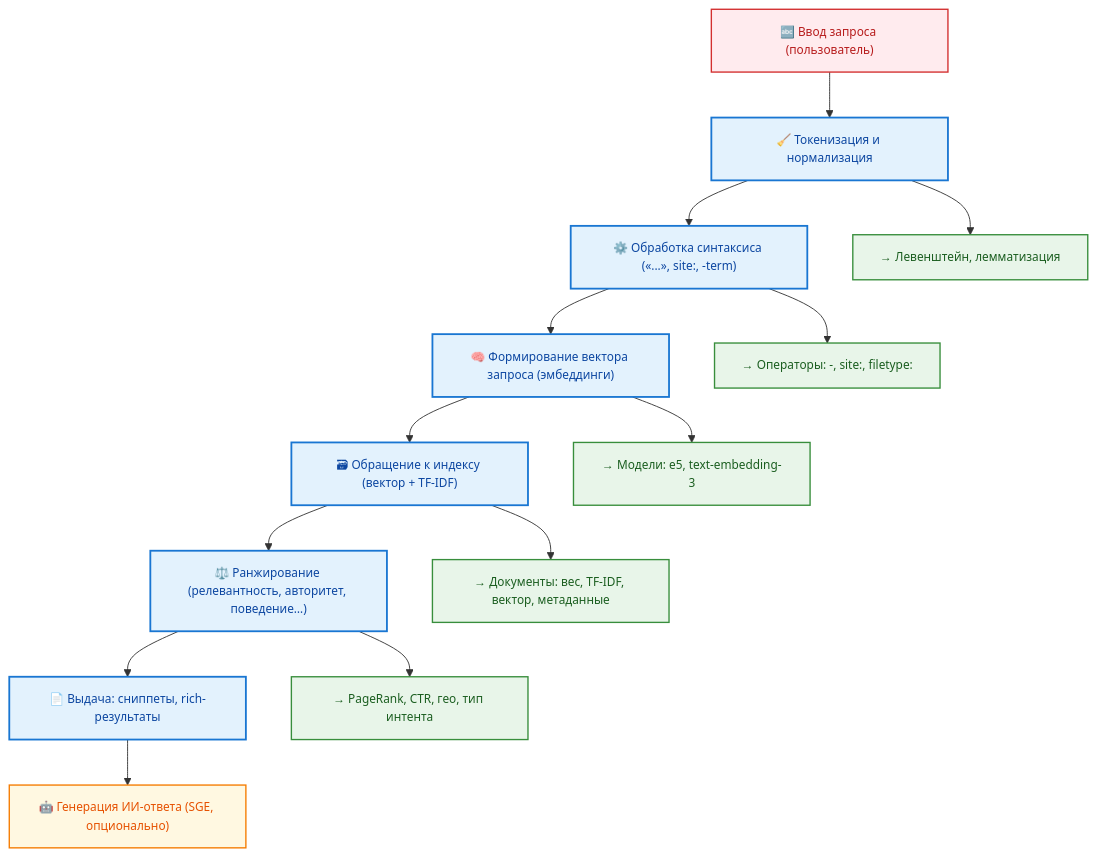
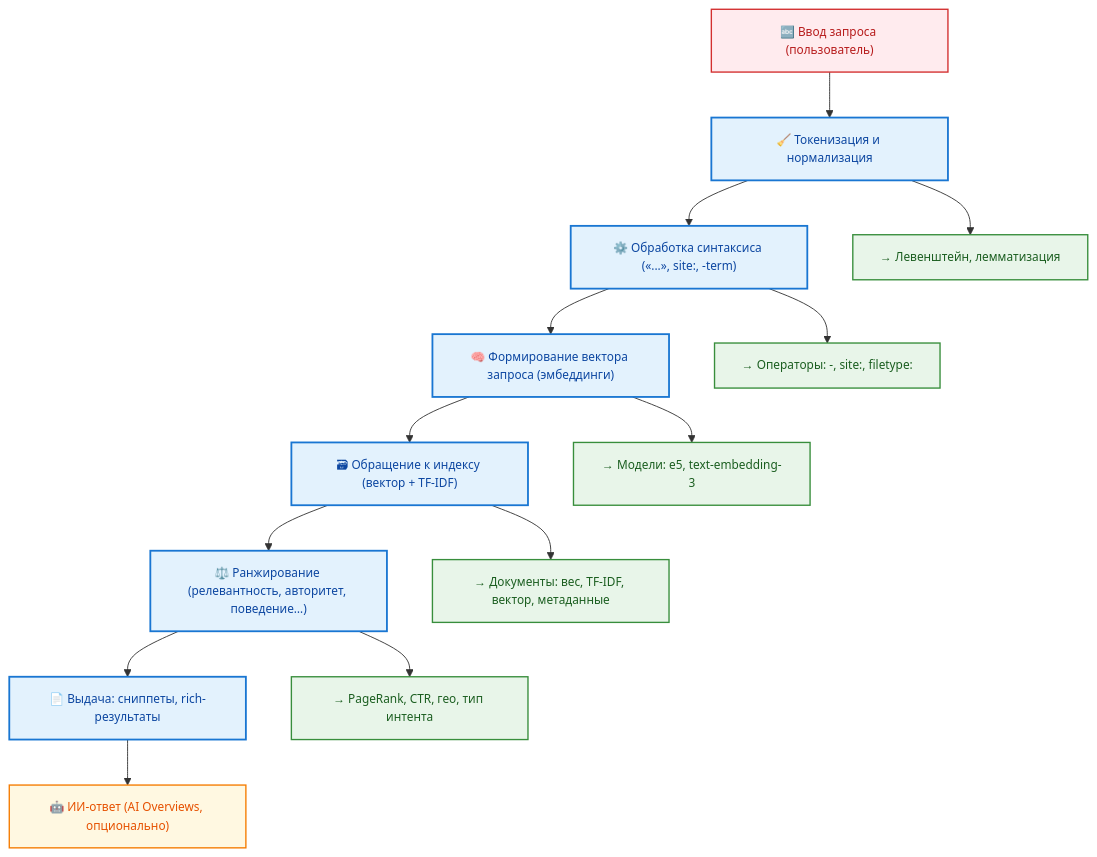
The diagram in docs/encyclopedia/1-basics/1-21-poisk-informatsii/3.md (Spirzen/it-knowledge-base), drawn with Mermaid before and after one commit. The commit also changed other lines of this file and 1180 other files, not shown here.

````diff
--- a/docs/encyclopedia/1-basics/1-21-poisk-informatsii/3.md
+++ b/docs/encyclopedia/1-basics/1-21-poisk-informatsii/3.md
@@ -69,50 +71,50 @@
 ```mermaid
 %%{init: {
   "theme": "default",
   "themeVariables": {
     "fontSize": "13px",
     "fontFamily": "Segoe UI, Tahoma, sans-serif"
   }
 }}%%
 
 flowchart TD
     classDef stage fill:#e3f2fd,stroke:#1976d2,stroke-width:2px,color:#0d47a1;
     classDef detail fill:#e8f5e9,stroke:#388e3c,stroke-width:1.5px,color:#1b5e20;
     classDef ai fill:#fff8e1,stroke:#f57c00,stroke-width:1.5px,color:#e65100;
     classDef user fill:#ffebee,stroke:#d32f2f,stroke-width:1.5px,color:#b71c1c;
 
     INPUT["🔤 Ввод запроса (пользователь)"]:::user
     TOKEN["🧹 Токенизация и нормализация"]:::stage
     SYNTAX["⚙️ Обработка синтаксиса («...», site:, -term)"]:::stage
     VECTOR["🧠 Формирование вектора запроса (эмбеддинги)"]:::stage
     INDEX["🗃 Обращение к индексу (вектор + TF-IDF)"]:::stage
     RANK["⚖️ Ранжирование (релевантность, авторитет, поведение…)"]:::stage
     OUTPUT["📄 Выдача: сниппеты, rich-результаты"]:::stage
-    AI_SUM["🤖 Генерация ИИ-ответа (SGE, опционально)"]:::ai
+    AI_SUM["🤖 ИИ-ответ (AI Overviews, опционально)"]:::ai
 
     LEV["→ Левенштейн, лемматизация"]:::detail
     OPER["→ Операторы: -, site:, filetype:"]:::detail
     EMB["→ Модели: e5, text-embedding-3"]:::detail
     DOC["→ Документы: вес, TF-IDF, вектор, метаданные"]:::detail
     FACTORS["→ PageRank, CTR, гео, тип интента"]:::detail
 
     INPUT --> TOKEN
     TOKEN --> SYNTAX
     SYNTAX --> VECTOR
     VECTOR --> INDEX
     INDEX --> RANK
     RANK --> OUTPUT
     OUTPUT --> AI_SUM
 
     TOKEN --> LEV
     SYNTAX --> OPER
     VECTOR --> EMB
     INDEX --> DOC
     RANK --> FACTORS
 
     class INPUT user
     class TOKEN,SYNTAX,VECTOR,INDEX,RANK,OUTPUT stage
     class LEV,OPER,EMB,DOC,FACTORS detail
     class AI_SUM ai
 
 ```
````
